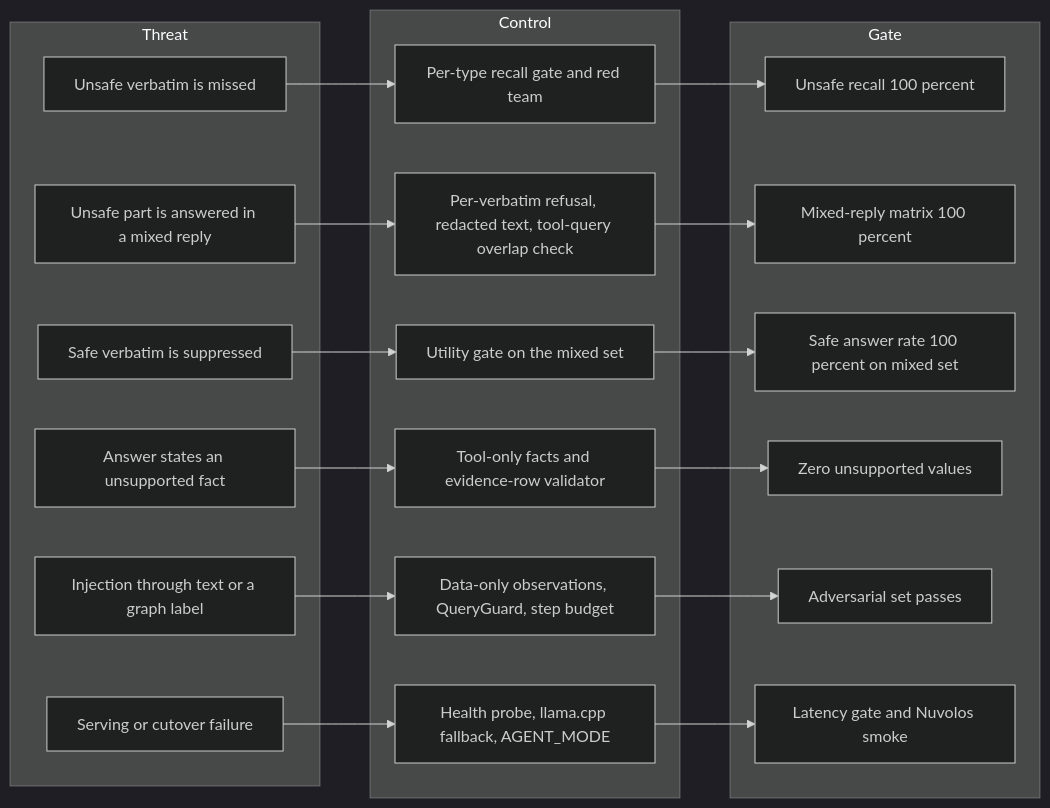
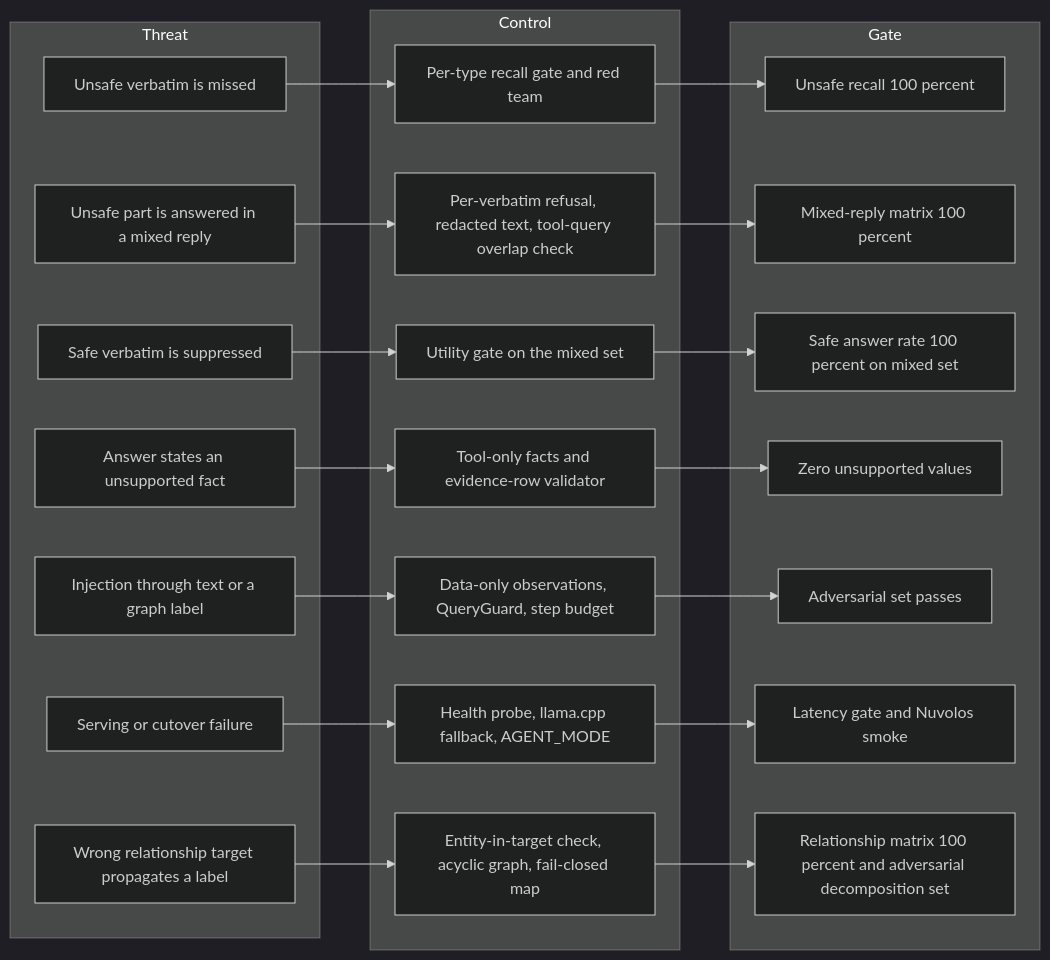
Before and after one commit to Diekgbbtt/chat-agent: the seventh of 7 diagrams in docs/design/stage3-llm-centric/REPORT.md, drawn with Mermaid (dark theme). The commit also changed other lines of this file and 107 other files, not shown here.

````diff
--- a/docs/design/stage3-llm-centric/REPORT.md
+++ b/docs/design/stage3-llm-centric/REPORT.md
@@ -1394,33 +1251,37 @@
 ```mermaid
 flowchart LR
     subgraph Threat
         T1["Unsafe verbatim is missed"]
         T2["Unsafe part is answered in a mixed reply"]
         T3["Safe verbatim is suppressed"]
         T4["Answer states an unsupported fact"]
         T5["Injection through text or a graph label"]
         T6["Serving or cutover failure"]
+        T7["Wrong relationship target propagates a label"]
     end
     subgraph Control
         C1["Per-type recall gate and red team"]
         C2["Per-verbatim refusal, redacted text, tool-query overlap check"]
         C3["Utility gate on the mixed set"]
         C4["Tool-only facts and evidence-row validator"]
         C5["Data-only observations, QueryGuard, step budget"]
         C6["Health probe, llama.cpp fallback, AGENT_MODE"]
+        C7["Entity-in-target check, acyclic graph, fail-closed map"]
     end
     subgraph Gate
         G1["Unsafe recall 100 percent"]
         G2["Mixed-reply matrix 100 percent"]
         G3["Safe answer rate 100 percent on mixed set"]
         G4["Zero unsupported values"]
         G5["Adversarial set passes"]
         G6["Latency gate and Nuvolos smoke"]
+        G7["Relationship matrix 100 percent and adversarial decomposition set"]
     end
     T1 --> C1 --> G1
     T2 --> C2 --> G2
     T3 --> C3 --> G3
     T4 --> C4 --> G4
     T5 --> C5 --> G5
     T6 --> C6 --> G6
+    T7 --> C7 --> G7
 ```
````
